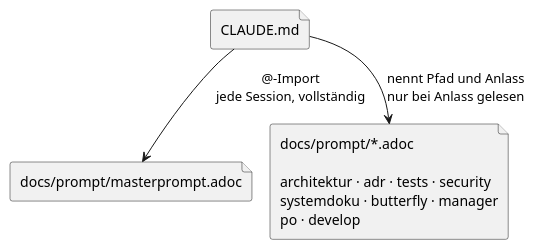
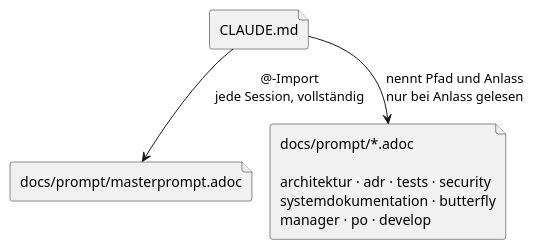
Before and after one commit to Keymaster65/hello-ai: the diagram in docs/system/arbeitsgrundlage.adoc, drawn with PlantUML. The commit also changed other lines of this file and 8 other files, not shown here.

```diff
--- a/docs/system/arbeitsgrundlage.adoc
+++ b/docs/system/arbeitsgrundlage.adoc
@@ -137,15 +137,15 @@
 [plantuml,ladeweg,svg]
 ....
 @startuml
 !pragma layout smetana
 skinparam shadowing false
 skinparam componentStyle rectangle
 
 file "CLAUDE.md" as claude
 file "docs/prompt/masterprompt.adoc" as master
-file "docs/prompt/*.adoc\n\narchitektur · adr · tests · security\nsystemdoku · butterfly · manager\npo · develop" as skills
+file "docs/prompt/*.adoc\n\narchitektur · adr · tests · security\nsystemdokumentation · butterfly\nmanager · po · develop" as skills
 
 claude --> master : @-Import\njede Session, vollständig
 claude --> skills : nennt Pfad und Anlass\nnur bei Anlass gelesen
 @enduml
 ....
```
